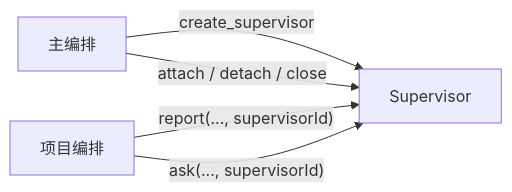
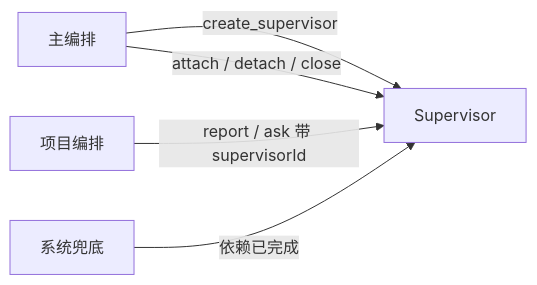
Before and after one commit to hairyf/dsh-nexus: diagram 13 of 21 in docs/flow.md, drawn with Mermaid. The commit also changed other lines of this file and 9 other files, not shown here.

````diff
--- a/docs/flow.md
+++ b/docs/flow.md
@@ -456,7 +333,7 @@
 ```mermaid
 flowchart LR
-    M["主编排"] -->|"create_supervisor"| S["Supervisor"]
-    M -->|"attach / detach / close"| S
-    P["项目编排"] -->|"report(..., supervisorId)"| S
-    P -->|"ask(..., supervisorId)"| S
+    M["主编排"] -->|create_supervisor| S["Supervisor"]
+    M -->|attach / detach / close| S
+    P["项目编排"] -->|"report / ask 带 supervisorId"| S
+    D["系统兜底"] -->|依赖已完成| S
 ```
````
